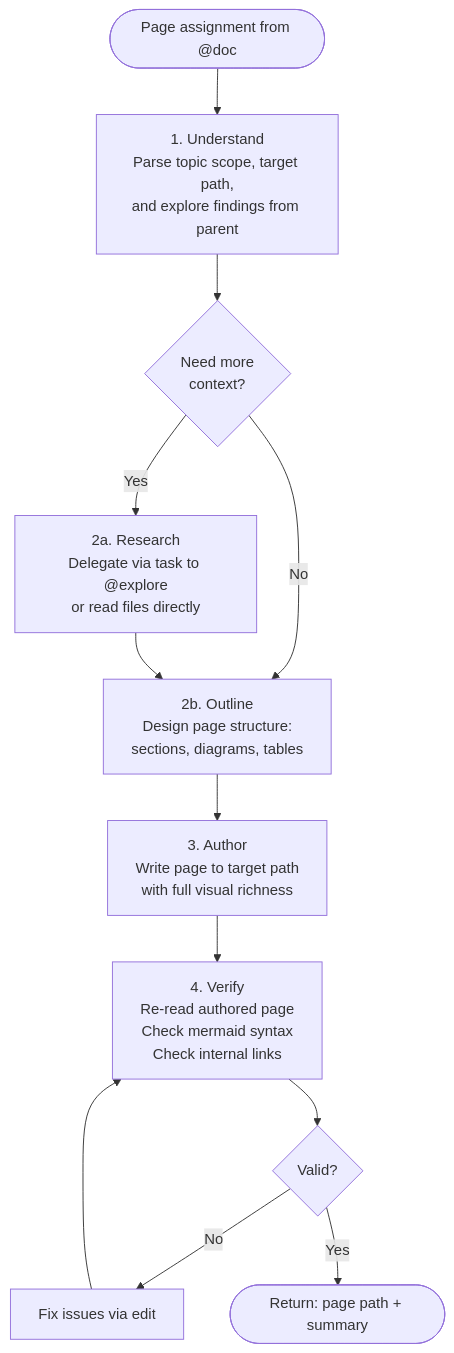
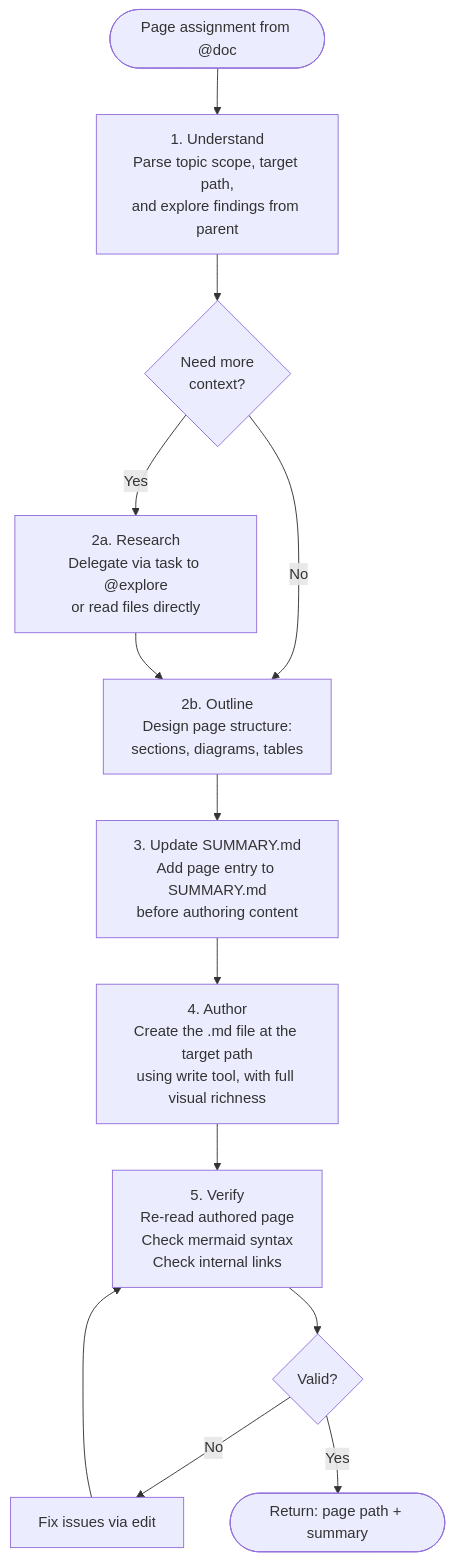
The first of 2 diagrams in pages/src/absurd/technical-writer.md (juliankahlert/opencode-config), drawn with Mermaid before and after one commit. The commit also changed other lines of this file and 4 other files, not shown here.

````diff
--- a/pages/src/absurd/technical-writer.md
+++ b/pages/src/absurd/technical-writer.md
@@ -23,20 +23,22 @@
 ```mermaid
 flowchart TD
     REQ([Page assignment from @doc]) --> UNDERSTAND
 
     UNDERSTAND["<span>1.</span> Understand<br/>Parse topic scope, target path,<br/>and explore findings from parent"]
 
     UNDERSTAND --> NEED_MORE{Need more<br/>context?}
     NEED_MORE -->|Yes| RESEARCH["<span>2a.</span> Research<br/>Delegate via task to @explore<br/>or read files directly"]
     NEED_MORE -->|No| OUTLINE
 
     RESEARCH --> OUTLINE["<span>2b.</span> Outline<br/>Design page structure:<br/>sections, diagrams, tables"]
 
-    OUTLINE --> AUTHOR["<span>3.</span> Author<br/>Write page to target path<br/>with full visual richness"]
+    OUTLINE --> SUMMARY["<span>3.</span> Update SUMMARY.md<br/>Add page entry to SUMMARY.md<br/>before authoring content"]
 
-    AUTHOR --> VERIFY["<span>4.</span> Verify<br/>Re-read authored page<br/>Check mermaid syntax<br/>Check internal links"]
+    SUMMARY --> AUTHOR["<span>4.</span> Author<br/>Create the .md file at the target path<br/>using write tool, with full visual richness"]
+
+    AUTHOR --> VERIFY["<span>5.</span> Verify<br/>Re-read authored page<br/>Check mermaid syntax<br/>Check internal links"]
 
     VERIFY --> VALID{Valid?}
     VALID -->|No| FIX[Fix issues via edit] --> VERIFY
     VALID -->|Yes| DONE([Return: page path + summary])
 ```
````
